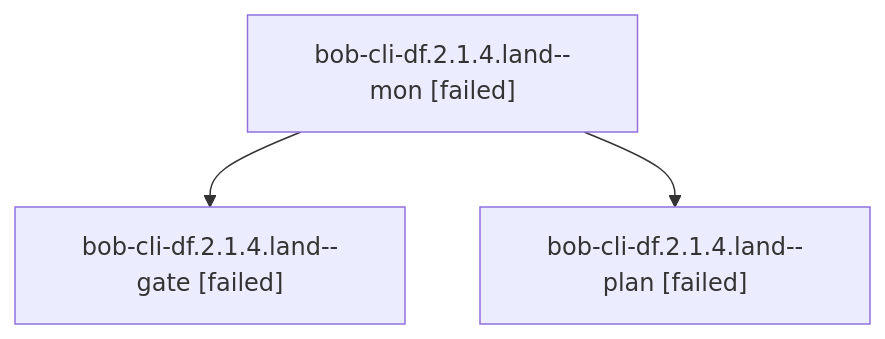
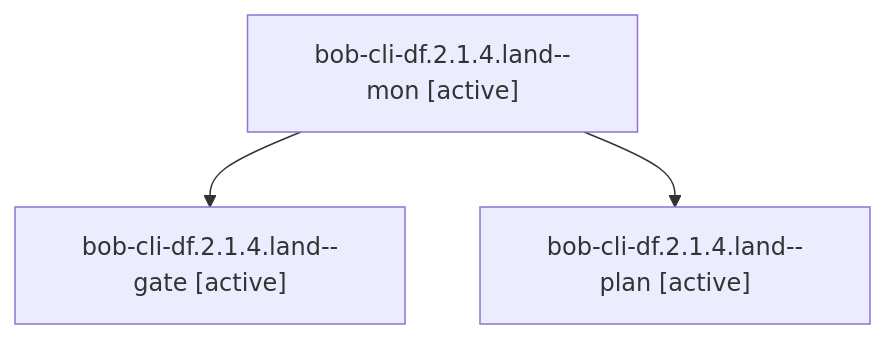
The diagram in sessions/bbugyi200.athena.bob-cli-df.2.1.4.land.md (bobs-org/bob-cli--agents), drawn with Mermaid before and after one commit. The commit also changed other lines of this file and 128 other files, not shown here.

````diff
--- a/sessions/bbugyi200.athena.bob-cli-df.2.1.4.land.md
+++ b/sessions/bbugyi200.athena.bob-cli-df.2.1.4.land.md
@@ -9,8 +9,8 @@
 ```mermaid
 flowchart TD
-  n0["bob-cli-df.2.1.4.land--mon [failed]"]
-  n1["bob-cli-df.2.1.4.land--gate [failed]"]
+  n0["bob-cli-df.2.1.4.land--mon [active]"]
+  n1["bob-cli-df.2.1.4.land--gate [active]"]
   n0 --> n1
-  n2["bob-cli-df.2.1.4.land--plan [failed]"]
+  n2["bob-cli-df.2.1.4.land--plan [active]"]
   n0 --> n2
 ```
````
